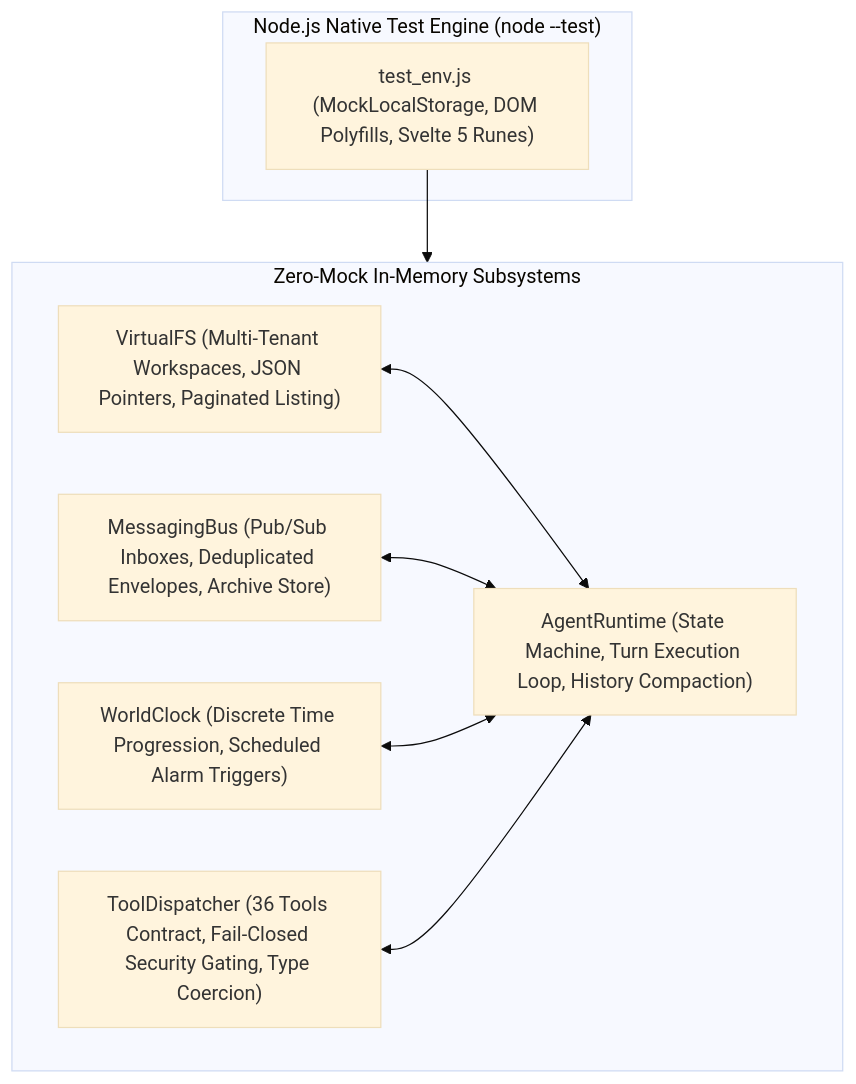
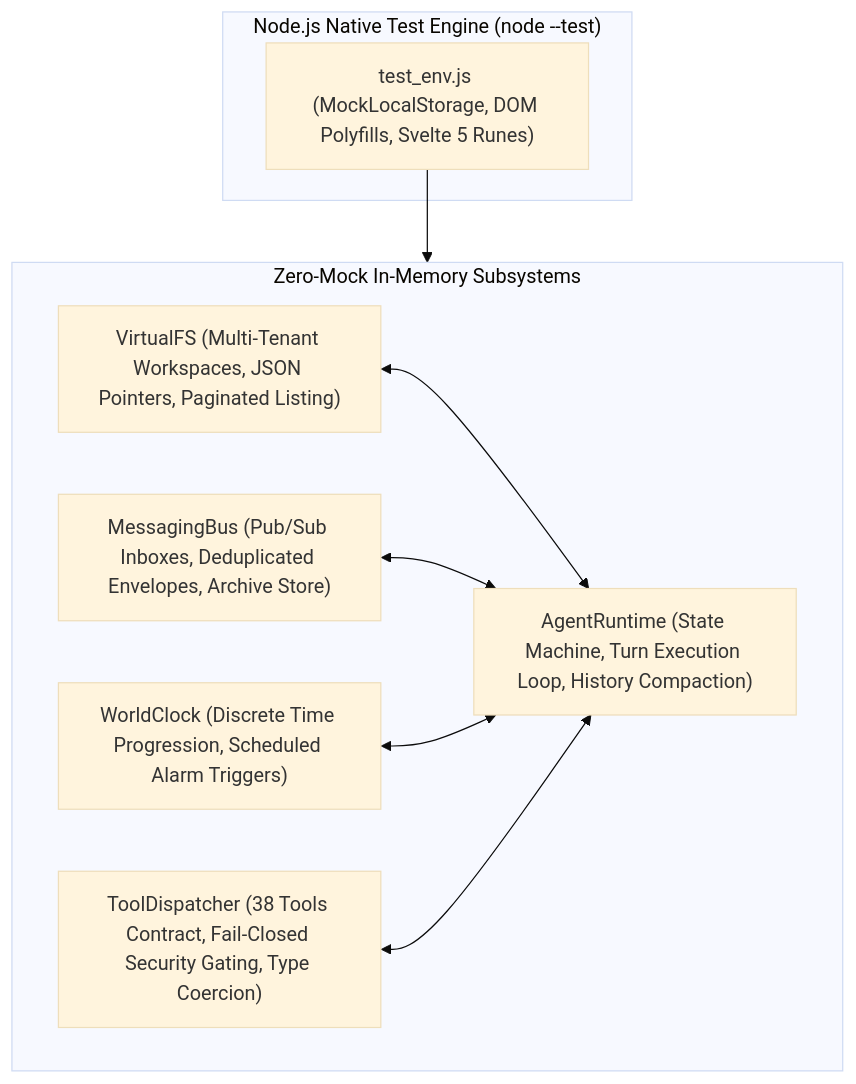
Before and after one commit to crestfallnafterdark/nightcurtain: the first of 6 diagrams in docs/testing/unit_and_integration.md, drawn with Mermaid (base theme). The commit also changed other lines of this file and 4 other files, not shown here.

````diff
--- a/docs/testing/unit_and_integration.md
+++ b/docs/testing/unit_and_integration.md
@@ -17,20 +17,20 @@
 ```mermaid
 flowchart TD
     subgraph TestRunner["Node.js Native Test Engine (node --test)"]
         Env["test_env.js (MockLocalStorage, DOM Polyfills, Svelte 5 Runes)"]
     end
 
     subgraph CoreClasses["Zero-Mock In-Memory Subsystems"]
         VFS["VirtualFS (Multi-Tenant Workspaces, JSON Pointers, Paginated Listing)"]
         BUS["MessagingBus (Pub/Sub Inboxes, Deduplicated Envelopes, Archive Store)"]
         CLK["WorldClock (Discrete Time Progression, Scheduled Alarm Triggers)"]
-        DISP["ToolDispatcher (36 Tools Contract, Fail-Closed Security Gating, Type Coercion)"]
+        DISP["ToolDispatcher (38 Tools Contract, Fail-Closed Security Gating, Type Coercion)"]
         RT["AgentRuntime (State Machine, Turn Execution Loop, History Compaction)"]
     end
 
     Env --> CoreClasses
     VFS <--> RT
     BUS <--> RT
     CLK <--> RT
     DISP <--> RT
 ```
````
